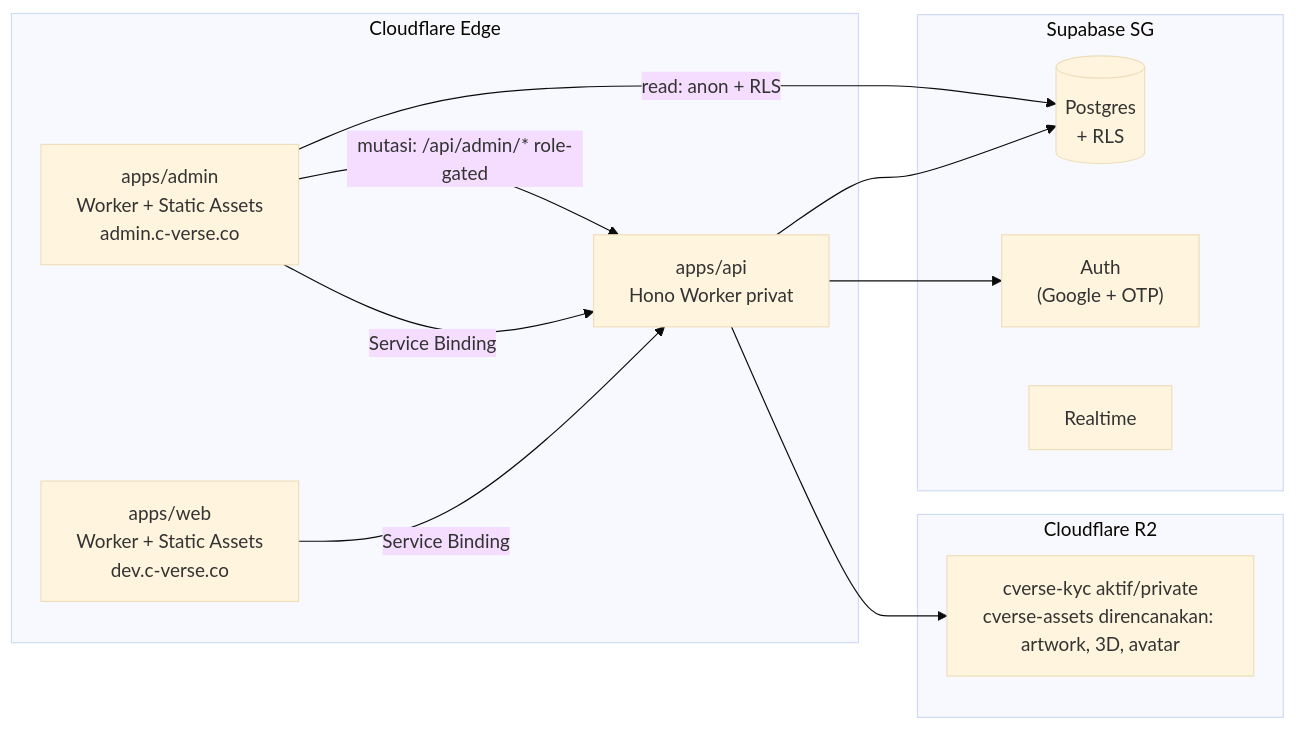
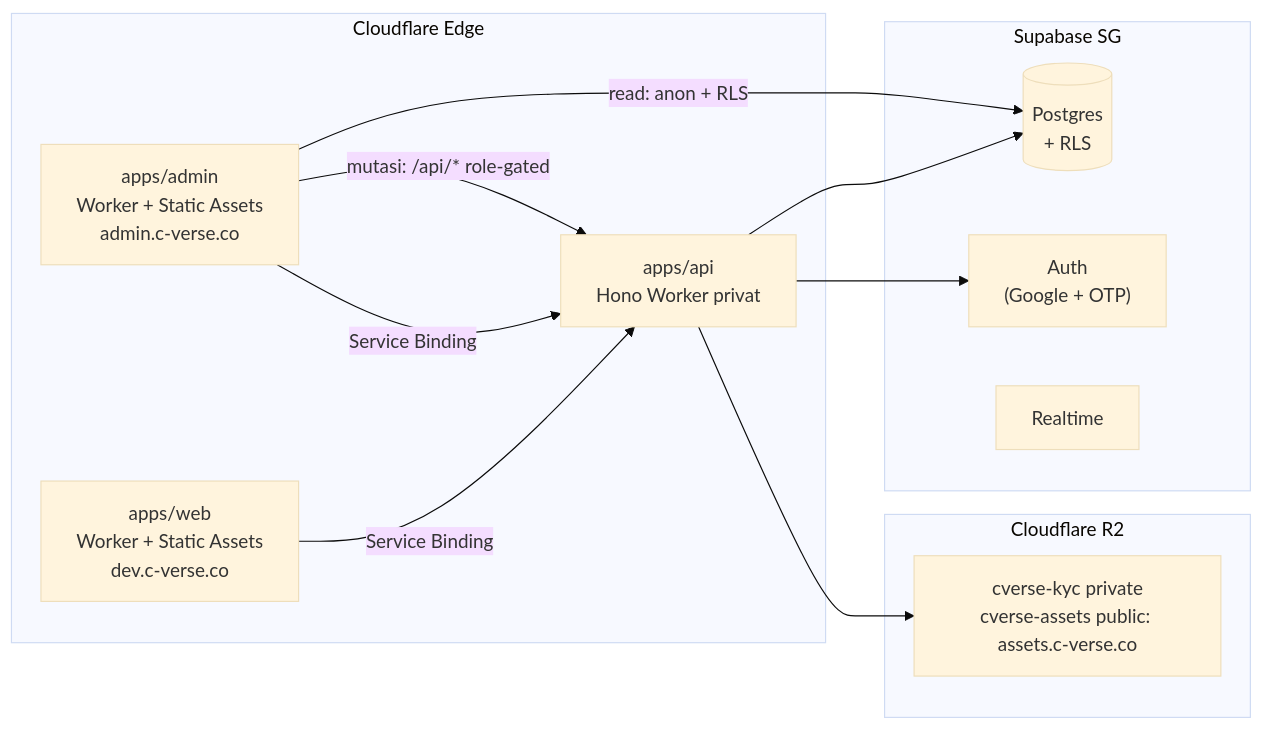
Before and after one commit to aikazu/c-verse-platform: the diagram in README.md, drawn with Mermaid (base theme). The commit also changed other lines of this file and 42 other files, not shown here.

Commit message:
feat(assets): enable public uploads and consistent card artwork

````diff
--- a/README.md
+++ b/README.md
@@ -29,23 +29,23 @@
 ```mermaid
 flowchart LR
   subgraph Edge["Cloudflare Edge"]
     Web["apps/web<br/>Worker + Static Assets<br/>dev.c-verse.co"]
     Admin["apps/admin<br/>Worker + Static Assets<br/>admin.c-verse.co"]
     Api["apps/api<br/>Hono Worker privat"]
   end
   subgraph Data["Supabase SG"]
     DB[("Postgres<br/>+ RLS")]
     Auth["Auth<br/>(Google + OTP)"]
     RT["Realtime"]
   end
   subgraph StorageBox["Cloudflare R2"]
-    R2["cverse-kyc aktif/private<br/>cverse-assets direncanakan: artwork, 3D, avatar"]
+    R2["cverse-kyc private<br/>cverse-assets public: assets.c-verse.co"]
   end
   Web -->|Service Binding| Api
   Admin -->|Service Binding| Api
   Api --> DB
   Api --> Auth
   Api --> R2
   Admin -->|read: anon + RLS| DB
-  Admin -->|mutasi: /api/admin/* role-gated| Api
+  Admin -->|mutasi: /api/* role-gated| Api
 ```
````
